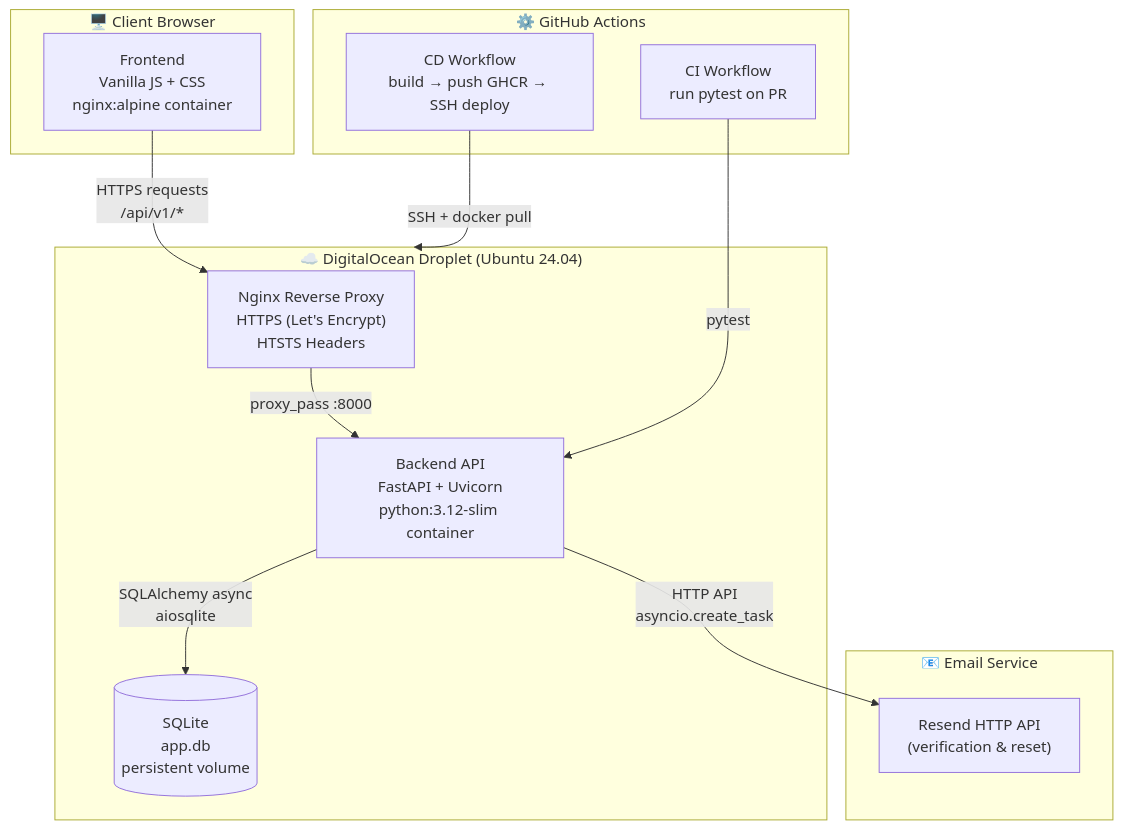
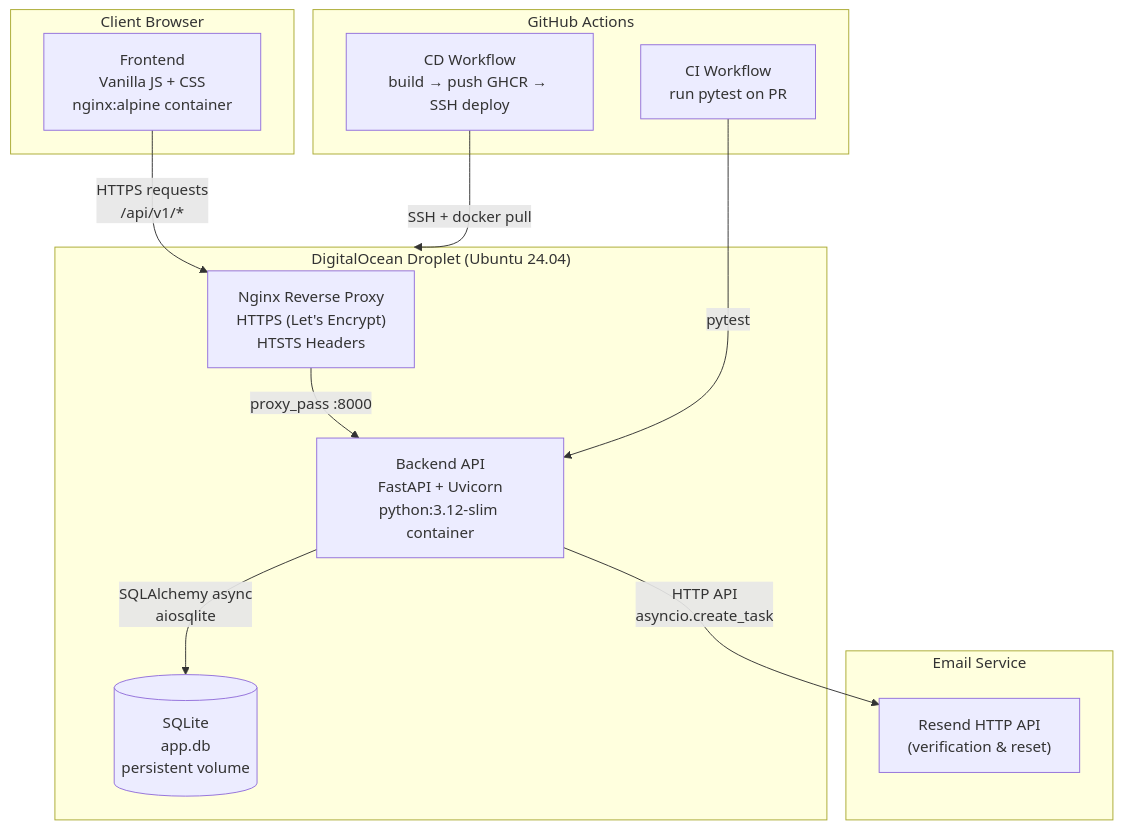
The first of 6 diagrams in docs/ARCHITECTURE.md (wlvUmar/Continium), drawn with Mermaid before and after one commit. The commit also changed other lines of this file and 2 other files, not shown here.

````diff
--- a/docs/ARCHITECTURE.md
+++ b/docs/ARCHITECTURE.md
@@ -5,29 +5,29 @@
 ```mermaid
 graph TB
-    subgraph Client["🖥️ Client Browser"]
-        FE["Frontend\nVanilla JS + CSS\nnginx:alpine container"]
-    end
+ subgraph Client[" Client Browser"]
+ FE["Frontend\nVanilla JS + CSS\nnginx:alpine container"]
+ end
 
-    subgraph Server["☁️ DigitalOcean Droplet (Ubuntu 24.04)"]
-        NGINX["Nginx Reverse Proxy\nHTTPS (Let's Encrypt)\nHTSTS Headers"]
-        BE["Backend API\nFastAPI + Uvicorn\npython:3.12-slim container"]
-        DB[(SQLite\napp.db\npersistent volume)]
-    end
+ subgraph Server[" DigitalOcean Droplet (Ubuntu 24.04)"]
+ NGINX["Nginx Reverse Proxy\nHTTPS (Let's Encrypt)\nHTSTS Headers"]
+ BE["Backend API\nFastAPI + Uvicorn\npython:3.12-slim container"]
+ DB[(SQLite\napp.db\npersistent volume)]
+ end
 
-    subgraph CICD["⚙️ GitHub Actions"]
-        CI["CI Workflow\nrun pytest on PR"]
-        CD["CD Workflow\nbuild → push GHCR → SSH deploy"]
-    end
+ subgraph CICD[" GitHub Actions"]
+ CI["CI Workflow\nrun pytest on PR"]
+ CD["CD Workflow\nbuild → push GHCR → SSH deploy"]
+ end
 
-    subgraph Email["📧 Email Service"]
-        RESEND["Resend HTTP API\n(verification & reset)"]
-    end
+ subgraph Email[" Email Service"]
+ RESEND["Resend HTTP API\n(verification & reset)"]
+ end
 
-    FE -- "HTTPS requests\n/api/v1/*" --> NGINX
-    NGINX -- "proxy_pass :8000" --> BE
-    BE -- "SQLAlchemy async\naiosqlite" --> DB
-    BE -- "HTTP API\nasyncio.create_task" --> RESEND
+ FE -- "HTTPS requests\n/api/v1/*" --> NGINX
+ NGINX -- "proxy_pass :8000" --> BE
+ BE -- "SQLAlchemy async\naiosqlite" --> DB
+ BE -- "HTTP API\nasyncio.create_task" --> RESEND
 
-    CD -- "SSH + docker pull" --> Server
-    CI -- "pytest" --> BE
+ CD -- "SSH + docker pull" --> Server
+ CI -- "pytest" --> BE
 ```
````
